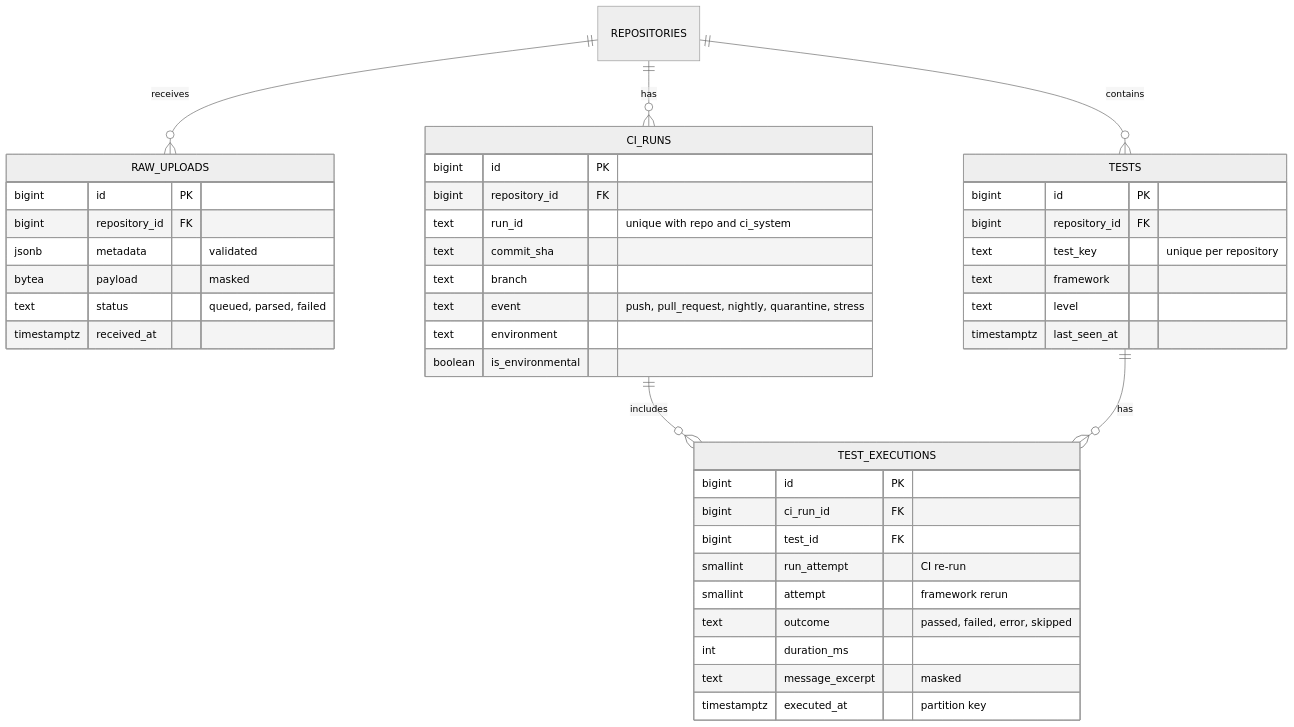
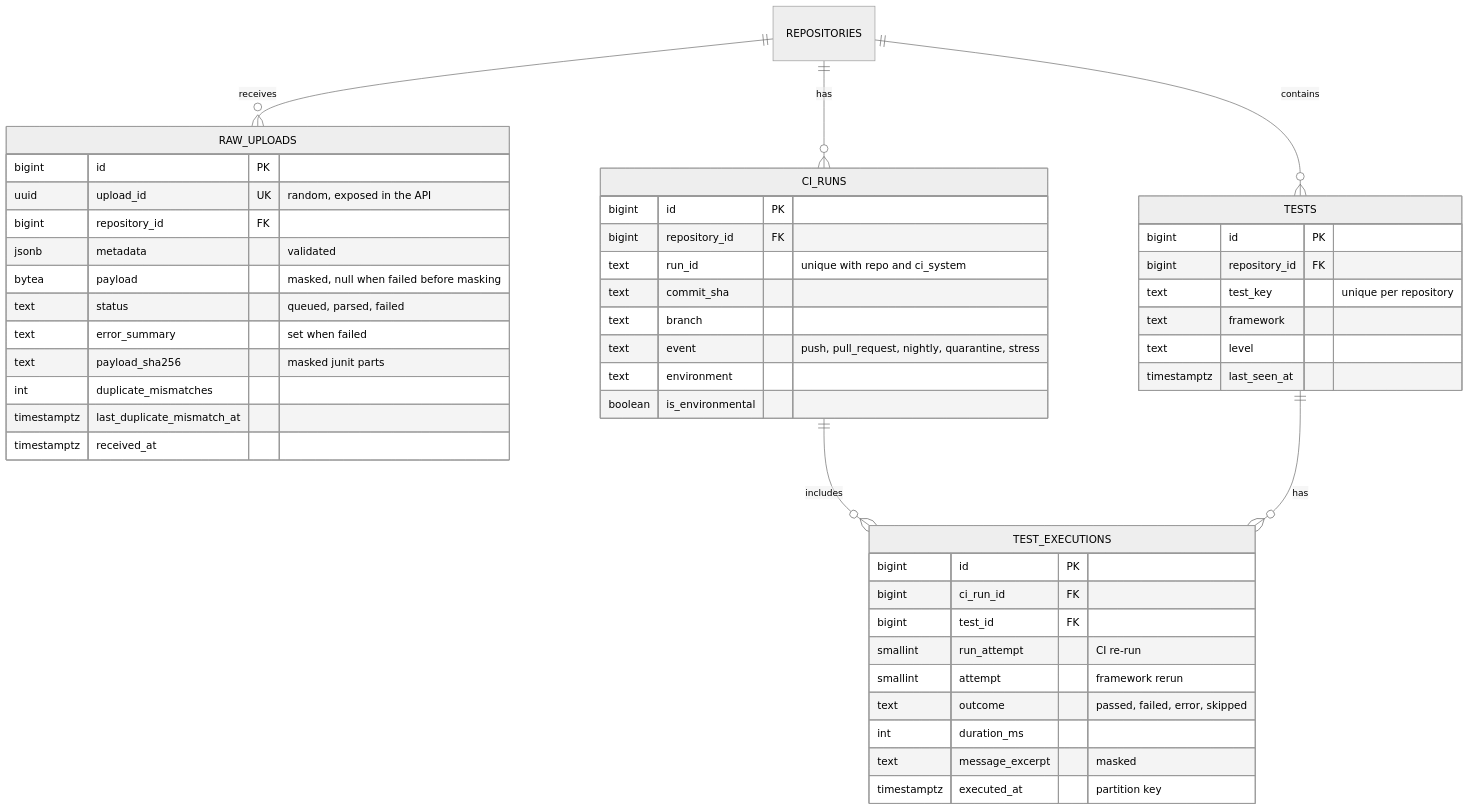
Before and after one commit to IrynaShkvirko/quarantine-tests: the fourth of 4 diagrams in docs/ingestion-backend.md, drawn with Mermaid (neutral theme). The commit also changed other lines of this file and 10 other files, not shown here.

Commit message:
docs(M0-08): add ingestion contract, metadata schema and examples

````diff
--- a/docs/ingestion-backend.md
+++ b/docs/ingestion-backend.md
@@ -85,46 +87,51 @@
 ```mermaid
 erDiagram
     REPOSITORIES ||--o{ RAW_UPLOADS : receives
     REPOSITORIES ||--o{ CI_RUNS : has
     REPOSITORIES ||--o{ TESTS : contains
     CI_RUNS ||--o{ TEST_EXECUTIONS : includes
     TESTS ||--o{ TEST_EXECUTIONS : has
 
     RAW_UPLOADS {
         bigint id PK
+        uuid upload_id UK "random, exposed in the API"
         bigint repository_id FK
         jsonb metadata "validated"
-        bytea payload "masked"
+        bytea payload "masked, null when failed before masking"
         text status "queued, parsed, failed"
+        text error_summary "set when failed"
+        text payload_sha256 "masked junit parts"
+        int duplicate_mismatches
+        timestamptz last_duplicate_mismatch_at
         timestamptz received_at
     }
     CI_RUNS {
         bigint id PK
         bigint repository_id FK
         text run_id "unique with repo and ci_system"
         text commit_sha
         text branch
         text event "push, pull_request, nightly, quarantine, stress"
         text environment
         boolean is_environmental
     }
     TESTS {
         bigint id PK
         bigint repository_id FK
         text test_key "unique per repository"
         text framework
         text level
         timestamptz last_seen_at
     }
     TEST_EXECUTIONS {
         bigint id PK
         bigint ci_run_id FK
         bigint test_id FK
         smallint run_attempt "CI re-run"
         smallint attempt "framework rerun"
         text outcome "passed, failed, error, skipped"
         int duration_ms
         text message_excerpt "masked"
         timestamptz executed_at "partition key"
     }
 ```
````
